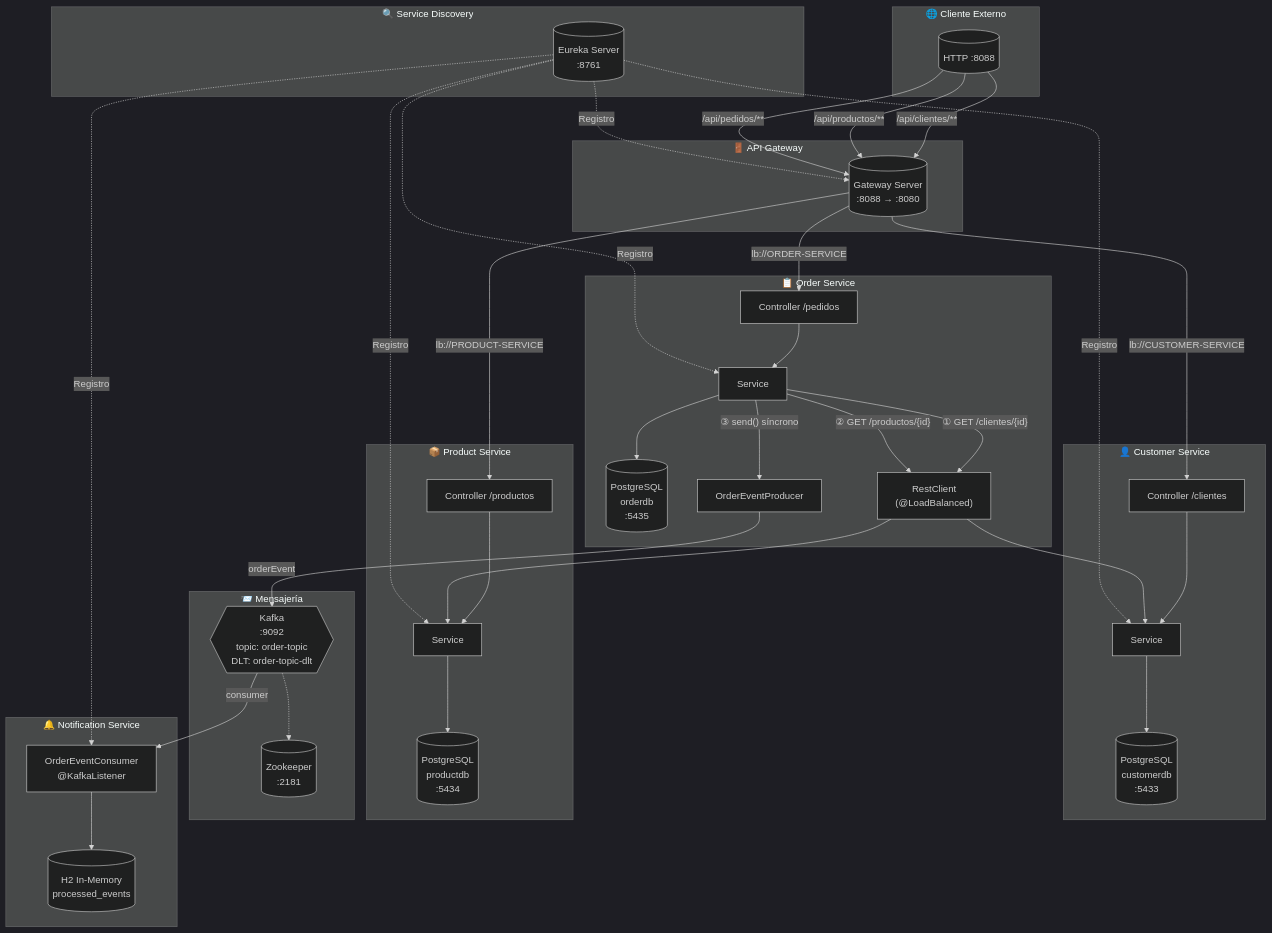
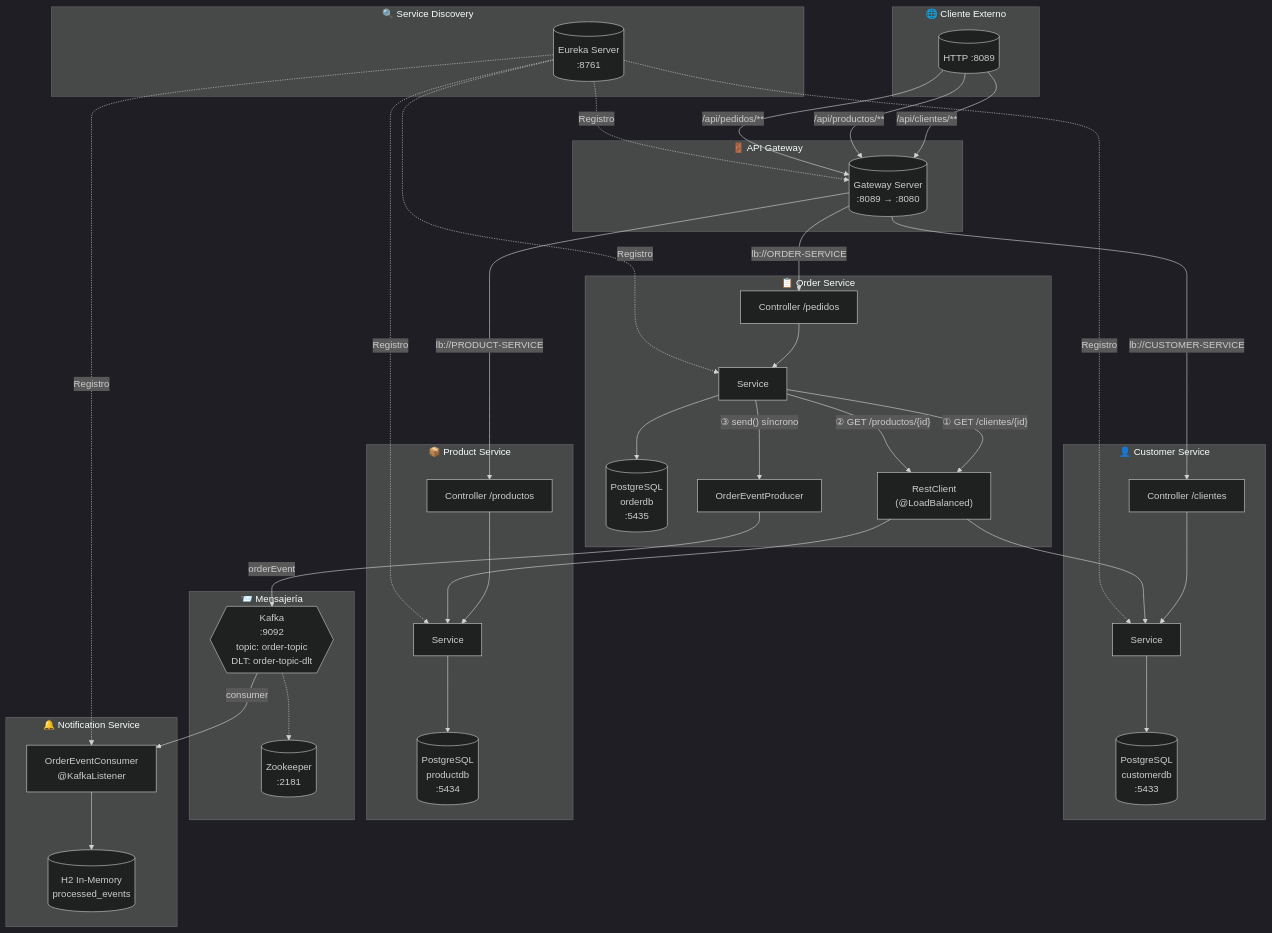
The first of 5 diagrams in ARCHITECTURE.md (gibran-guzman/microservices-with-kafka), drawn with Mermaid (dark theme) before and after one commit. The commit also changed other lines of this file and 8 other files, not shown here.

````diff
--- a/ARCHITECTURE.md
+++ b/ARCHITECTURE.md
@@ -5,74 +5,74 @@
 ```mermaid
 graph TB
     subgraph Cliente["🌐 Cliente Externo"]
-        HTTP[("HTTP :8088")]
+        HTTP[("HTTP :8089")]
     end
 
     subgraph Discovery["🔍 Service Discovery"]
         EUREKA[("Eureka Server<br/>:8761")]
     end
 
     subgraph Gateway["🚪 API Gateway"]
-        GW[("Gateway Server<br/>:8088 → :8080")]
+        GW[("Gateway Server<br/>:8089 → :8080")]
     end
 
     subgraph Clientes["👤 Customer Service"]
         CS_API["Controller /clientes"]
         CS_SVC["Service"]
         CS_REPO[("PostgreSQL<br/>customerdb<br/>:5433")]
     end
 
     subgraph Productos["📦 Product Service"]
         PS_API["Controller /productos"]
         PS_SVC["Service"]
         PS_REPO[("PostgreSQL<br/>productdb<br/>:5434")]
     end
 
     subgraph Pedidos["📋 Order Service"]
         OS_API["Controller /pedidos"]
         OS_SVC["Service"]
         OS_REPO[("PostgreSQL<br/>orderdb<br/>:5435")]
         OS_KAFKA["OrderEventProducer"]
         OS_REST["RestClient<br/>(@LoadBalanced)"]
     end
 
     subgraph Kafka["📨 Mensajería"]
         ZK[("Zookeeper<br/>:2181")]
         KAFKA{{"Kafka<br/>:9092<br/>topic: order-topic<br/>DLT: order-topic-dlt"}}
     end
 
     subgraph Notificaciones["🔔 Notification Service"]
         NS_CONSUMER["OrderEventConsumer<br/>@KafkaListener"]
         NS_IDEM[("H2 In-Memory<br/>processed_events")]
     end
 
     %% Conexiones HTTP
     HTTP -->|"/api/clientes/**"| GW
     HTTP -->|"/api/productos/**"| GW
     HTTP -->|"/api/pedidos/**"| GW
 
     GW -->|"lb://CUSTOMER-SERVICE"| CS_API
     GW -->|"lb://PRODUCT-SERVICE"| PS_API
     GW -->|"lb://ORDER-SERVICE"| OS_API
 
     CS_API --> CS_SVC --> CS_REPO
     PS_API --> PS_SVC --> PS_REPO
 
     OS_API --> OS_SVC --> OS_REPO
     OS_SVC -->|"① GET /clientes/{id}"| OS_REST --> CS_SVC
     OS_SVC -->|"② GET /productos/{id}"| OS_REST --> PS_SVC
     OS_SVC -->|"③ send() síncrono"| OS_KAFKA
 
     OS_KAFKA -->|"orderEvent"| KAFKA
     KAFKA -->|"consumer"| NS_CONSUMER
     NS_CONSUMER --> NS_IDEM
 
     %% Discovery
     EUREKA -.->|"Registro"| CS_SVC
     EUREKA -.->|"Registro"| PS_SVC
     EUREKA -.->|"Registro"| OS_SVC
     EUREKA -.->|"Registro"| NS_CONSUMER
     EUREKA -.->|"Registro"| GW
 
     KAFKA -.-> ZK
 ```
````
